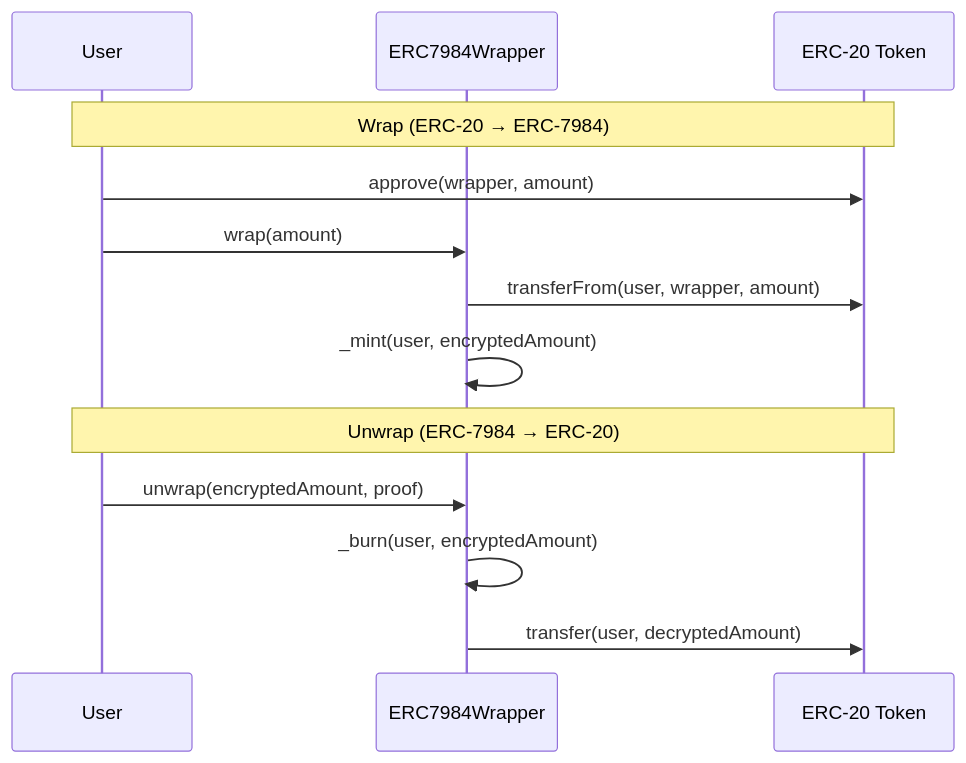
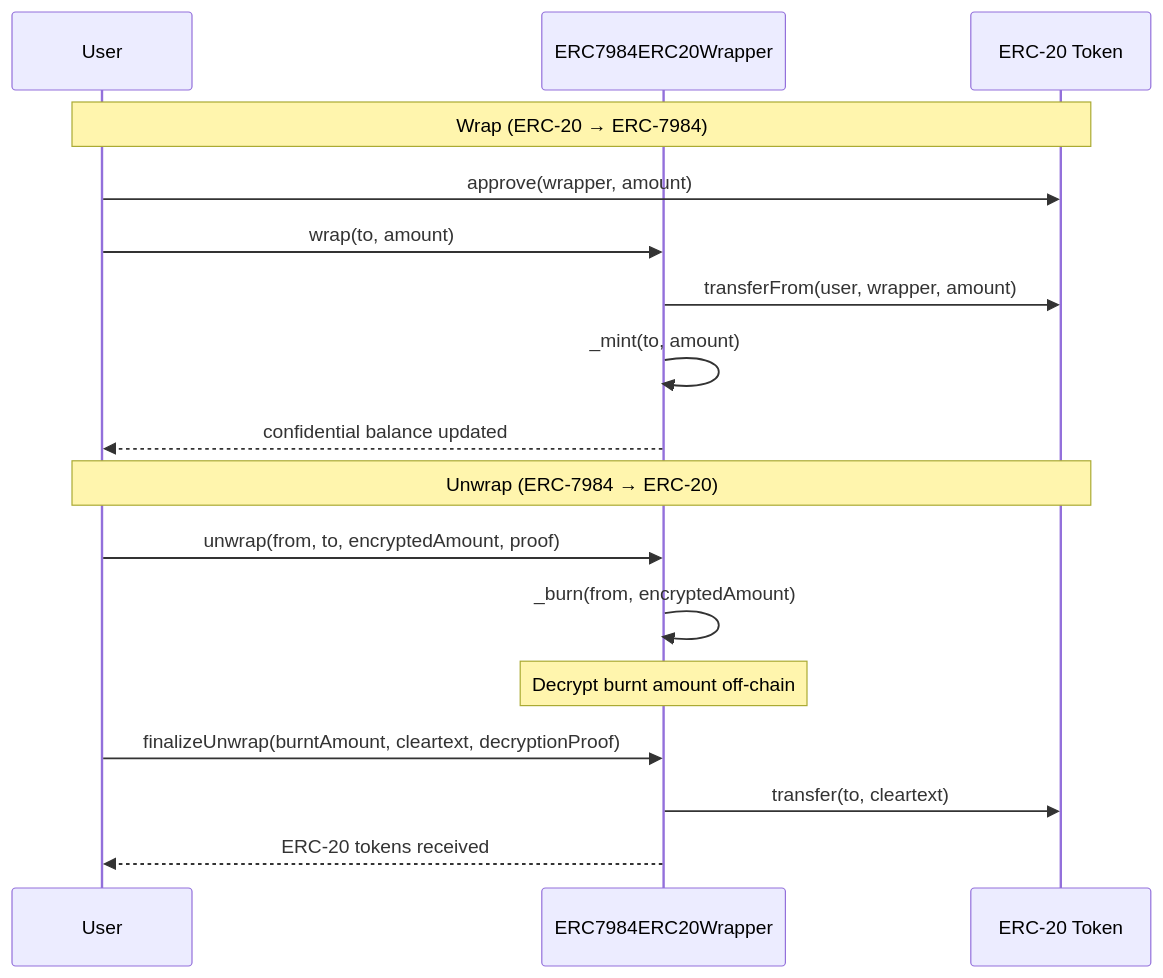
One commit to iExec-Nox/documentation changed the diagram in src/guides/build-confidential-tokens/erc7984erc20wrapper.md. Above: the diagram before and after it, drawn with Mermaid. The commit also changed other lines of this file and 1 other file, not shown here.

````diff
--- a/src/guides/build-confidential-tokens/erc7984erc20wrapper.md
+++ b/src/guides/build-confidential-tokens/erc7984erc20wrapper.md
@@ -29,17 +15,21 @@
 ```mermaid
 sequenceDiagram
     participant User
-    participant Wrapper as ERC7984Wrapper
+    participant Wrapper as ERC7984ERC20Wrapper
     participant ERC20 as ERC-20 Token
 
     Note over User,ERC20: Wrap (ERC-20 → ERC-7984)
     User->>ERC20: approve(wrapper, amount)
-    User->>Wrapper: wrap(amount)
+    User->>Wrapper: wrap(to, amount)
     Wrapper->>ERC20: transferFrom(user, wrapper, amount)
-    Wrapper->>Wrapper: _mint(user, encryptedAmount)
+    Wrapper->>Wrapper: _mint(to, amount)
+    Wrapper-->>User: confidential balance updated
 
     Note over User,ERC20: Unwrap (ERC-7984 → ERC-20)
-    User->>Wrapper: unwrap(encryptedAmount, proof)
-    Wrapper->>Wrapper: _burn(user, encryptedAmount)
-    Wrapper->>ERC20: transfer(user, decryptedAmount)
+    User->>Wrapper: unwrap(from, to, encryptedAmount, proof)
+    Wrapper->>Wrapper: _burn(from, encryptedAmount)
+    Note over Wrapper: Decrypt burnt amount off-chain
+    User->>Wrapper: finalizeUnwrap(burntAmount, cleartext, decryptionProof)
+    Wrapper->>ERC20: transfer(to, cleartext)
+    Wrapper-->>User: ERC-20 tokens received
 ```
````
